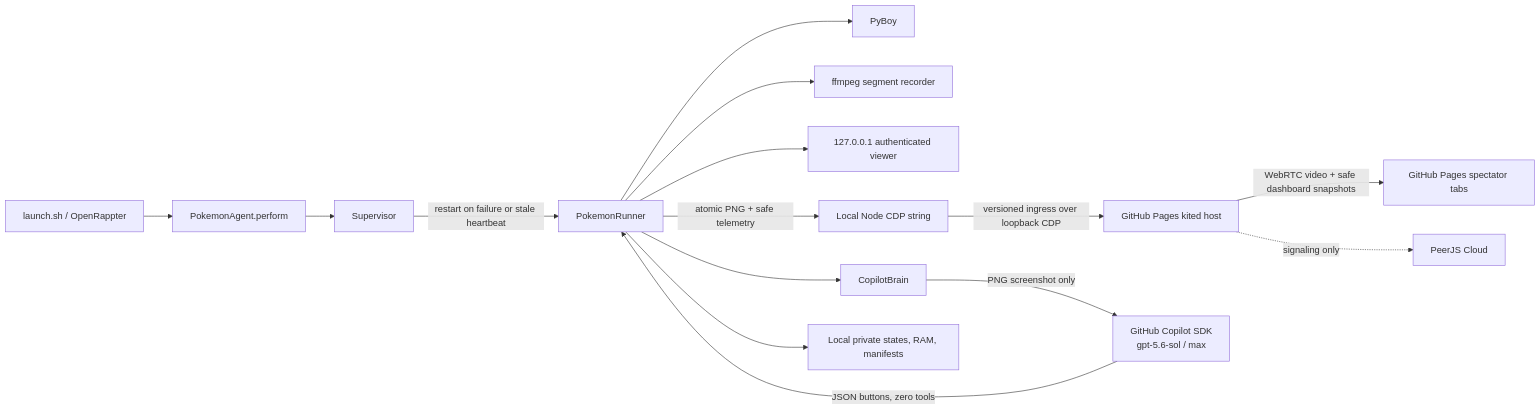
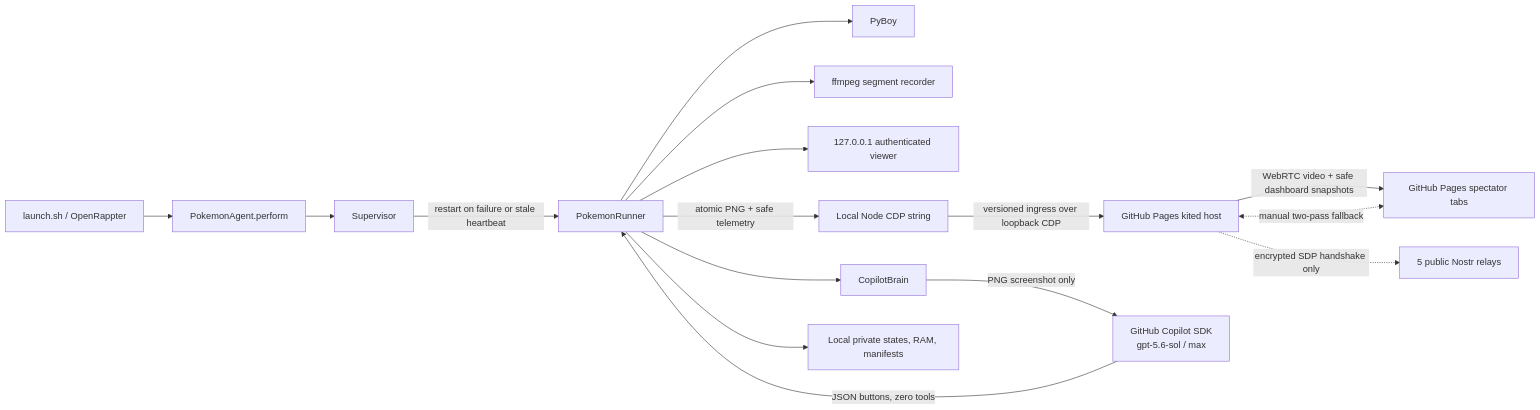
The diagram in README.md (kody-w/rappter-plays-pokemon), drawn with Mermaid before and after one commit. The commit also changed other lines of this file and 85 other files, not shown here.

````diff
--- a/README.md
+++ b/README.md
@@ -301,18 +351,19 @@
 ```mermaid
 flowchart LR
     U[launch.sh / OpenRappter] --> A[PokemonAgent.perform]
     A --> S[Supervisor]
     S -->|restart on failure or stale heartbeat| R[PokemonRunner]
     R --> P[PyBoy]
     R --> F[ffmpeg segment recorder]
     R --> V[127.0.0.1 authenticated viewer]
     R -->|atomic PNG + safe telemetry| K[Local Node CDP string]
     K -->|versioned ingress over loopback CDP| H[GitHub Pages kited host]
     H -->|WebRTC video + safe dashboard snapshots| W
     W[GitHub Pages spectator tabs]
-    H -.->|signaling only| PJS[PeerJS Cloud]
+    H -.->|encrypted SDP handshake only| NR[5 public Nostr relays]
+    H <-.->|manual two-pass fallback| W
     R --> B[CopilotBrain]
     B -->|PNG screenshot only| C[GitHub Copilot SDK<br/>gpt-5.6-sol / max]
     C -->|JSON buttons, zero tools| R
     R --> L[Local private states, RAM, manifests]
 ```
````
